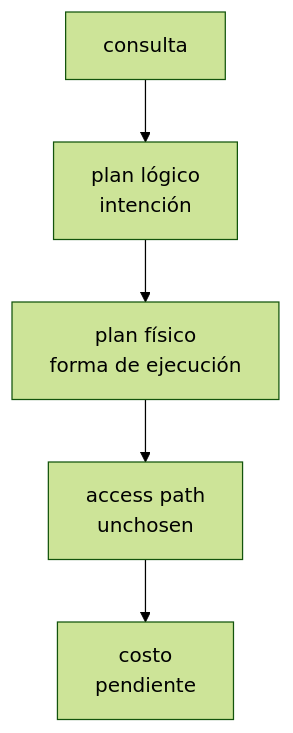
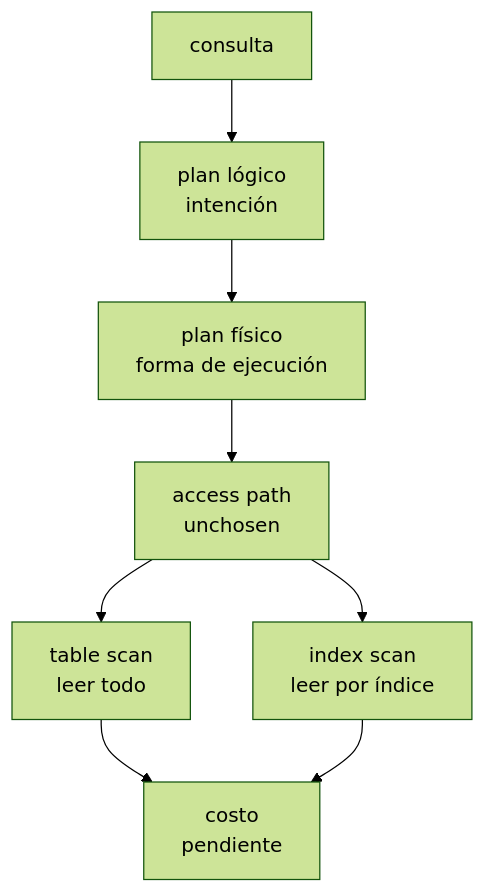
Before and after one commit to jeresoftx/rust-database-internals: the diagram in docs/10-query-optimizer.md, drawn with Mermaid (forest theme). The commit also changed other lines of this file and 5 other files, not shown here.

````diff
--- a/docs/10-query-optimizer.md
+++ b/docs/10-query-optimizer.md
@@ -84,13 +97,18 @@
 ```mermaid
 flowchart TD
     SQL["consulta"]
     L["plan lógico<br/>intención"]
     P["plan físico<br/>forma de ejecución"]
     A["access path<br/>unchosen"]
+    T["table scan<br/>leer todo"]
+    I["index scan<br/>leer por índice"]
     C["costo<br/>pendiente"]
 
     SQL --> L
     L --> P
     P --> A
-    A --> C
+    A --> T
+    A --> I
+    T --> C
+    I --> C
 ```
````
